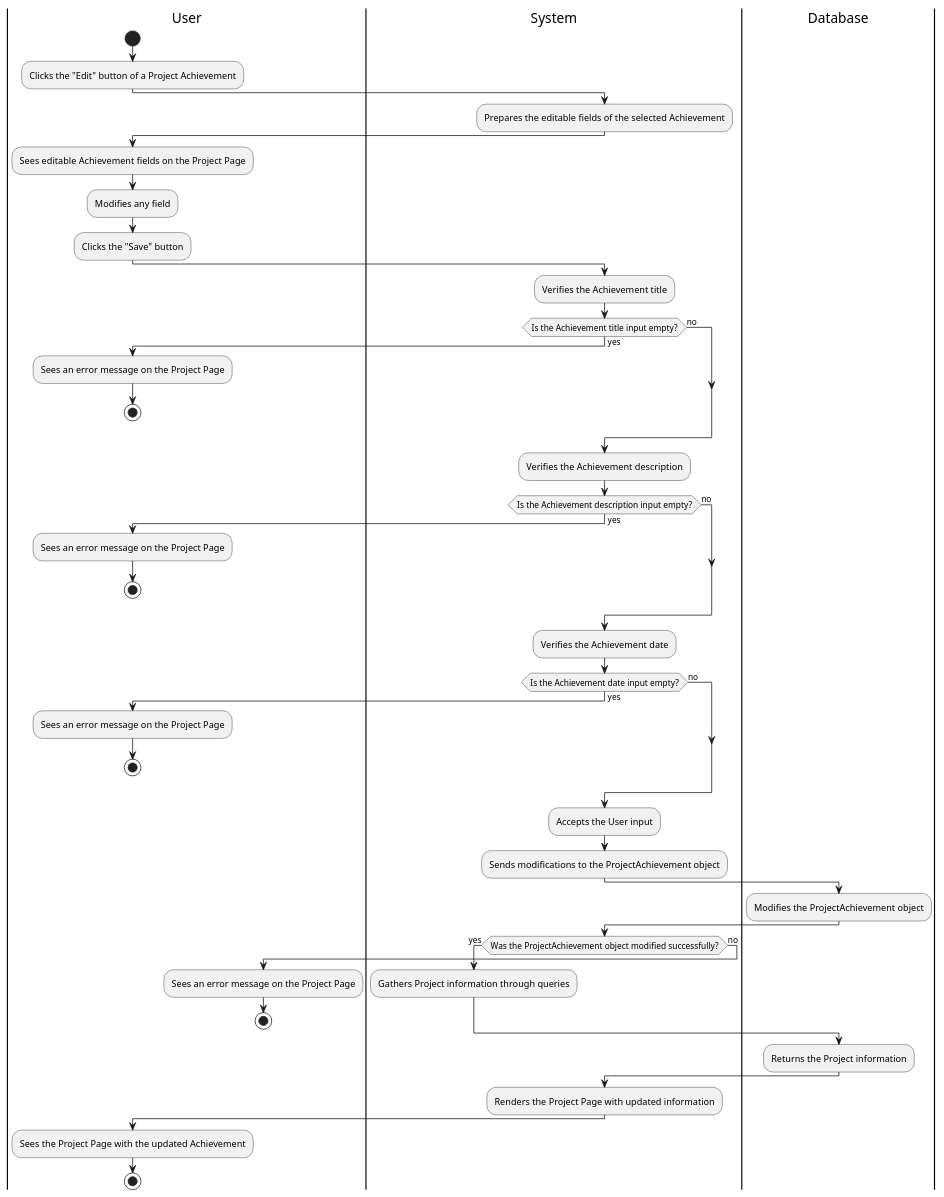
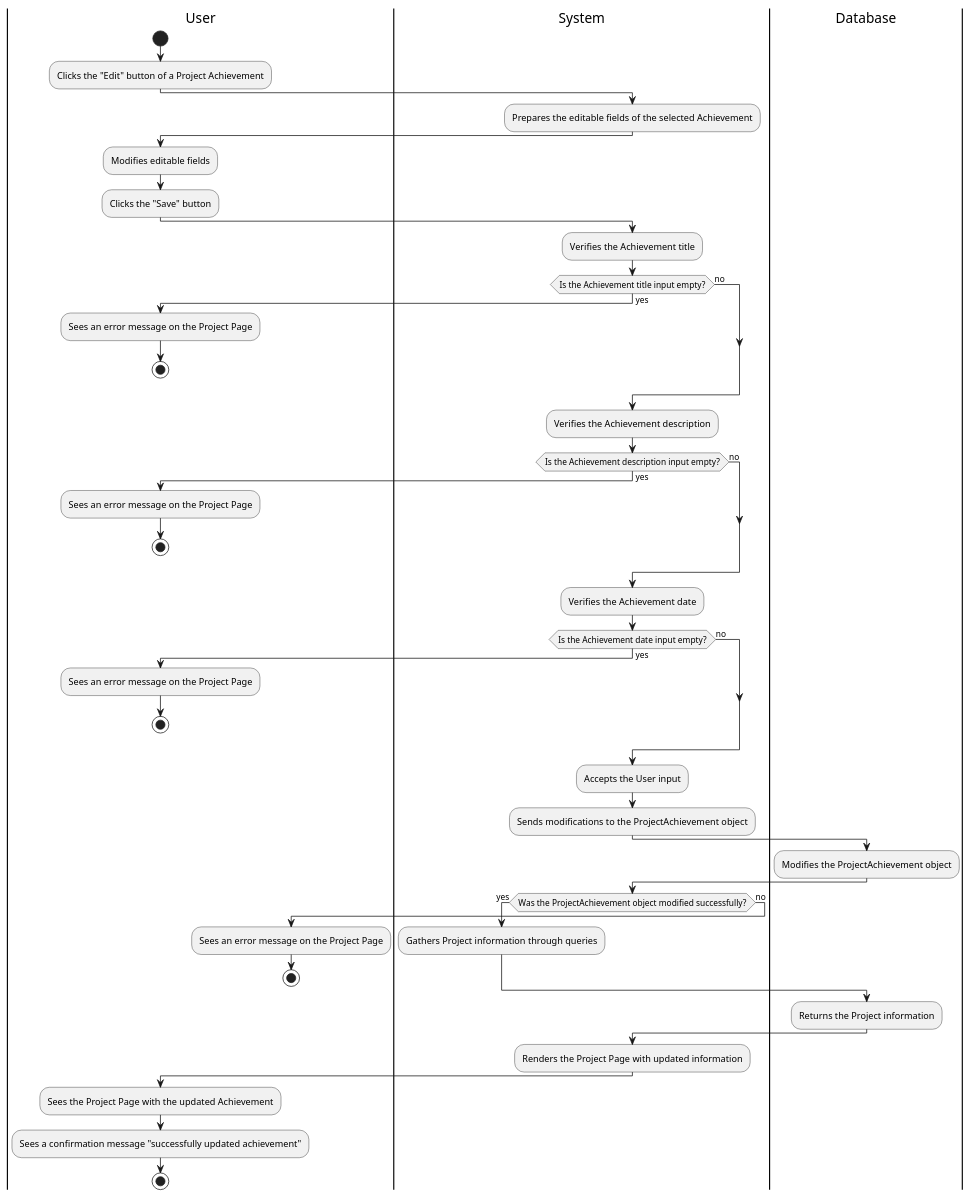
The diagram in documentation/activity_diagrams/PROJ-14-ActivityDiagram.puml (Berthou05/LimboSoftwareDevelopment_Change.org), drawn with PlantUML before and after one commit. The commit also changed 7 other files, not shown here.

Commit message:
[CHORE] corrected activity diagrams to match description

```diff
--- a/documentation/activity_diagrams/PROJ-14-ActivityDiagram.puml
+++ b/documentation/activity_diagrams/PROJ-14-ActivityDiagram.puml
@@ -1,69 +1,69 @@
 @startuml
 |User|
 start
 :Clicks the "Edit" button of a Project Achievement;
 
 |System|
 :Prepares the editable fields of the selected Achievement;
 
 |User|
-:Sees editable Achievement fields on the Project Page;
-:Modifies any field;
+:Modifies editable fields;
 :Clicks the "Save" button;
 
 |System|
 :Verifies the Achievement title;
 
 if (Is the Achievement title input empty?) then (yes)
     |User|
     :Sees an error message on the Project Page;
     stop
 else (no)
 endif
 
 |System|
 :Verifies the Achievement description;
 
 if (Is the Achievement description input empty?) then (yes)
     |User|
     :Sees an error message on the Project Page;
     stop
 else (no)
 endif
 
 |System|
 :Verifies the Achievement date;
 
 if (Is the Achievement date input empty?) then (yes)
     |User|
     :Sees an error message on the Project Page;
     stop
 else (no)
 endif
 
 |System|
 :Accepts the User input;
 :Sends modifications to the ProjectAchievement object;
 
 |Database|
 :Modifies the ProjectAchievement object;
 
 |System|
 if (Was the ProjectAchievement object modified successfully?) then (yes)
     :Gathers Project information through queries;
 else (no)
     |User|
     :Sees an error message on the Project Page;
     stop
 endif
 
 |Database|
 :Returns the Project information;
 
 |System|
 :Renders the Project Page with updated information;
 
 |User|
 :Sees the Project Page with the updated Achievement;
+:Sees a confirmation message "successfully updated achievement";
 stop
 @enduml
```
